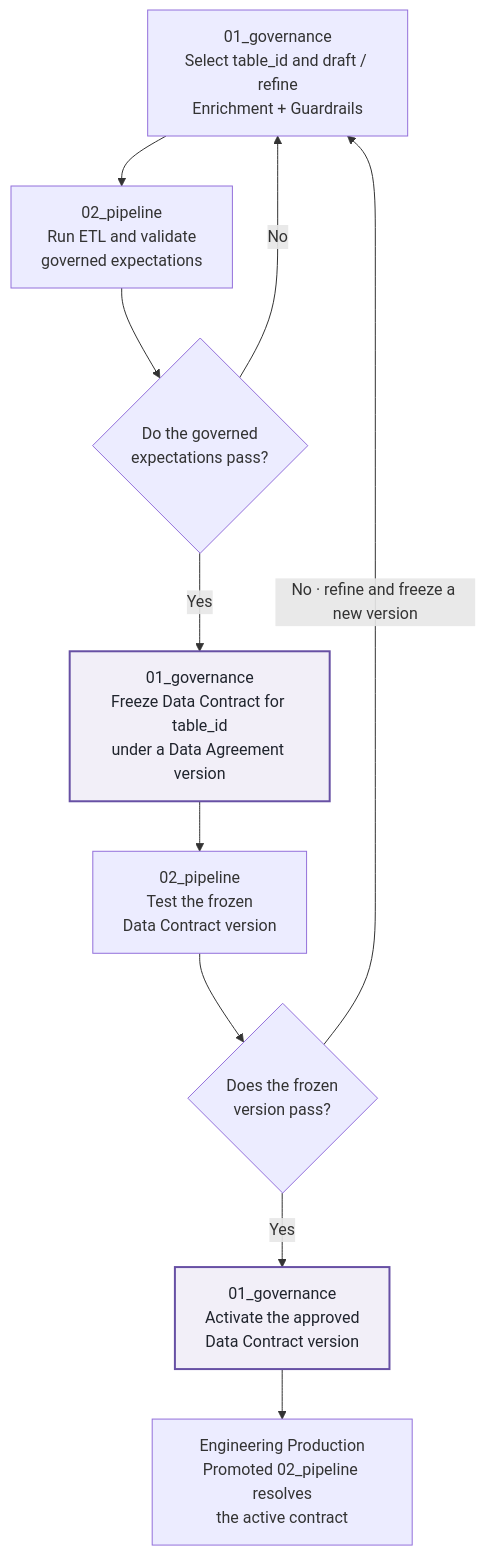
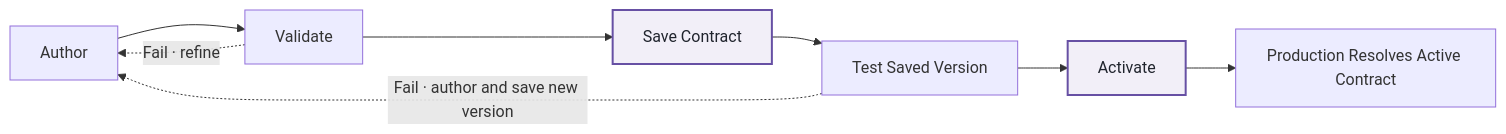
One commit to Voycepeh/FabricOps-Starter-Kit changed the diagram in docs/how-fabricops-works.md. Above: the diagram before and after it, drawn with Mermaid. The commit also changed other lines of this file and 7 other files, not shown here.

````diff
--- a/docs/how-fabricops-works.md
+++ b/docs/how-fabricops-works.md
@@ -155,24 +293,9 @@
 ```mermaid
-flowchart TB
-    GOVERN["01_governance<br/>Select table_id and draft / refine<br/>Enrichment + Guardrails"]
-    VALIDATE["02_pipeline<br/>Run ETL and validate<br/>governed expectations"]
-    PASS{"Do the governed<br/>expectations pass?"}
-    FREEZE["01_governance<br/>Freeze Data Contract for table_id<br/>under a Data Agreement version"]
-    TEST["02_pipeline<br/>Test the frozen<br/>Data Contract version"]
-    FROZEN_PASS{"Does the frozen<br/>version pass?"}
-    ACTIVATE["01_governance<br/>Activate the approved<br/>Data Contract version"]
-    PROD["Engineering Production<br/>Promoted 02_pipeline resolves<br/>the active contract"]
-
-    GOVERN --> VALIDATE
-    VALIDATE --> PASS
-    PASS -- "No" --> GOVERN
-    PASS -- "Yes" --> FREEZE
-    FREEZE --> TEST
-    TEST --> FROZEN_PASS
-    FROZEN_PASS -- "No · refine and freeze a new version" --> GOVERN
-    FROZEN_PASS -- "Yes" --> ACTIVATE
-    ACTIVATE --> PROD
+flowchart LR
+    AUTHOR["Author"] --> VALIDATE["Validate"] --> SAVE["Save Contract"] --> TEST["Test Saved Version"] --> ACTIVATE["Activate"] --> PROD["Production Resolves Active Contract"]
+    VALIDATE -. "Fail · refine" .-> AUTHOR
+    TEST -. "Fail · author and save new version" .-> AUTHOR
 
     classDef focal fill:#f2eff8,stroke:#6750a4,stroke-width:2px,color:#20242d;
-    class FREEZE,ACTIVATE focal;
+    class SAVE,ACTIVATE focal;
 ```
````
